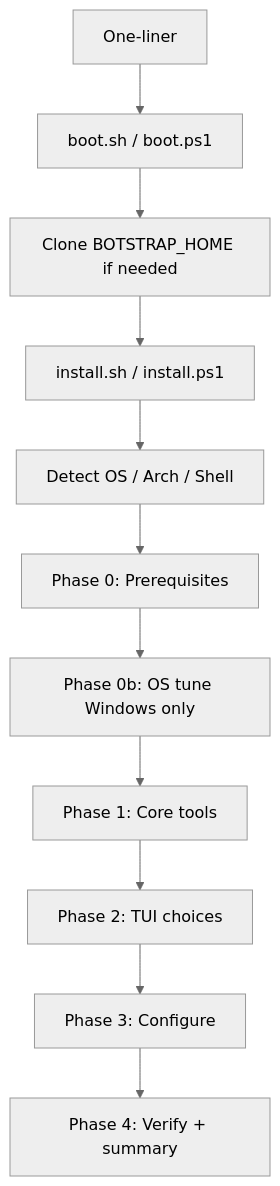
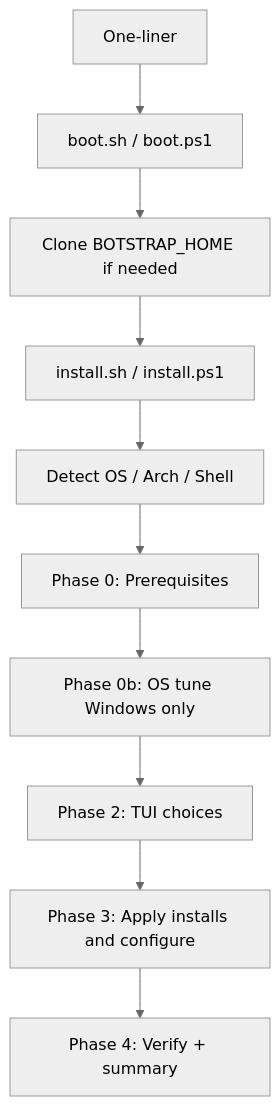
Before and after one commit to an-lee/botstrap: the diagram in docs/ARCHITECTURE.md, drawn with Mermaid (neutral theme). The commit also changed other lines of this file and 39 other files, not shown here.

````diff
--- a/docs/ARCHITECTURE.md
+++ b/docs/ARCHITECTURE.md
@@ -50,13 +50,12 @@
 ```mermaid
 flowchart TD
     A[One-liner] --> B[boot.sh / boot.ps1]
     B --> C[Clone BOTSTRAP_HOME if needed]
     C --> D[install.sh / install.ps1]
     D --> E[Detect OS / Arch / Shell]
     E --> F[Phase 0: Prerequisites]
     F --> F0["Phase 0b: OS tune Windows only"]
-    F0 --> G[Phase 1: Core tools]
-    G --> H[Phase 2: TUI choices]
-    H --> I[Phase 3: Configure]
+    F0 --> H[Phase 2: TUI choices]
+    H --> I[Phase 3: Apply installs and configure]
     I --> J[Phase 4: Verify + summary]
 ```
````
